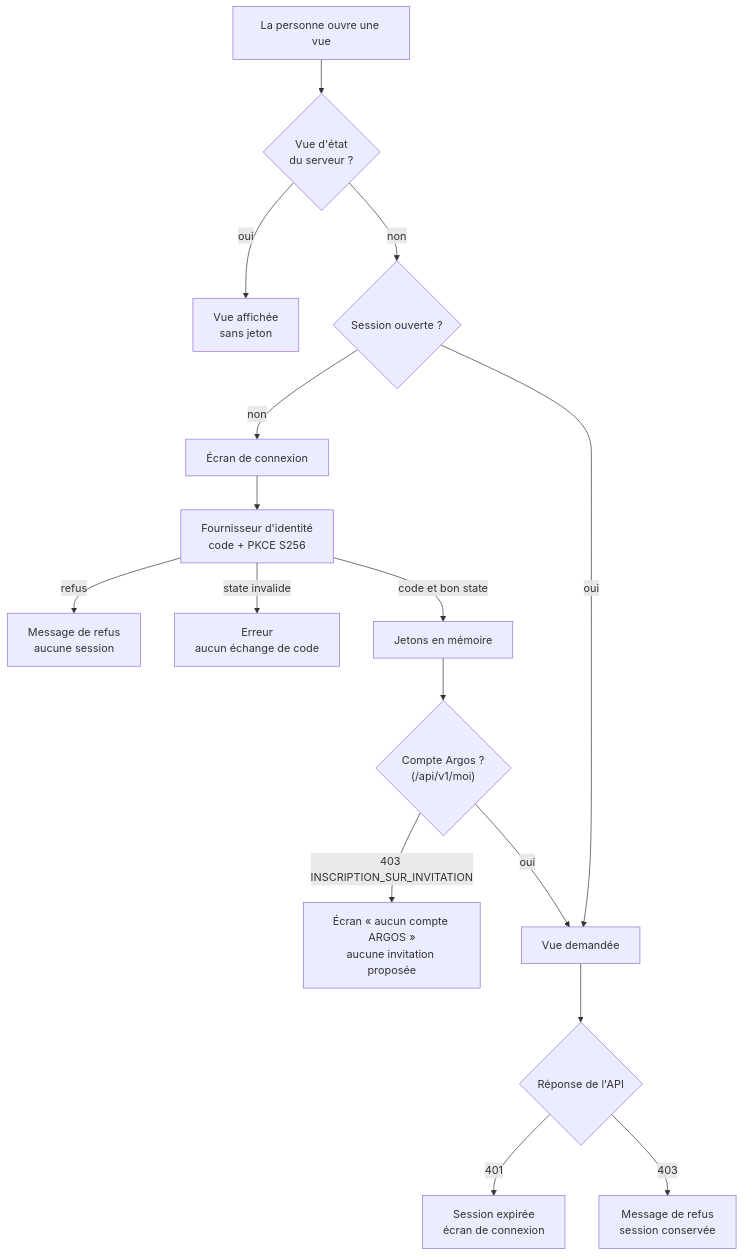
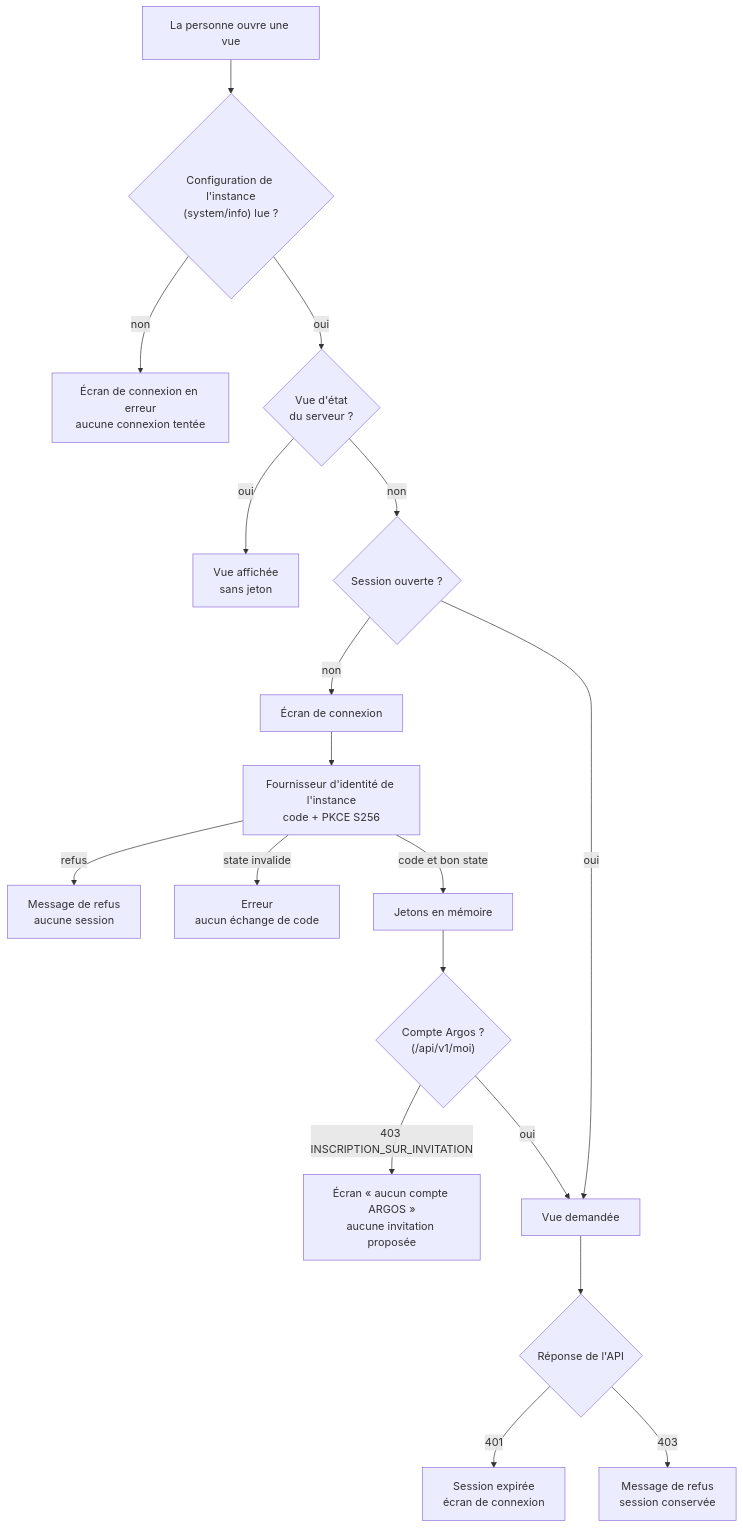
One commit to FTurleque/argos-tech-platform changed the second of 3 diagrams in docs/specifications/comptes-acces.md. Above: the diagram before and after it, drawn with Mermaid. The commit also changed other lines of this file and 23 other files, not shown here.

````diff
--- a/docs/specifications/comptes-acces.md
+++ b/docs/specifications/comptes-acces.md
@@ -120,18 +127,20 @@
 ```mermaid
 flowchart TD
-    A["La personne ouvre une vue"] --> B{"Vue d'état<br/>du serveur ?"}
+    A["La personne ouvre une vue"] --> Z{"Configuration de l'instance<br/>(system/info) lue ?"}
+    Z -- "non" --> Q["Écran de connexion en erreur<br/>aucune connexion tentée"]
+    Z -- "oui" --> B{"Vue d'état<br/>du serveur ?"}
     B -- "oui" --> V["Vue affichée<br/>sans jeton"]
     B -- "non" --> C{"Session ouverte ?"}
     C -- "non" --> L["Écran de connexion"]
-    L --> K["Fournisseur d'identité<br/>code + PKCE S256"]
+    L --> K["Fournisseur d'identité de l'instance<br/>code + PKCE S256"]
     K -- "refus" --> R["Message de refus<br/>aucune session"]
     K -- "state invalide" --> E["Erreur<br/>aucun échange de code"]
     K -- "code et bon state" --> J["Jetons en mémoire"]
     J --> M{"Compte Argos ?<br/>(/api/v1/moi)"}
     M -- "403 INSCRIPTION_SUR_INVITATION" --> N["Écran « aucun compte ARGOS »<br/>aucune invitation proposée"]
     M -- "oui" --> W["Vue demandée"]
     C -- "oui" --> W
     W --> P{"Réponse de l'API"}
     P -- "401" --> X["Session expirée<br/>écran de connexion"]
     P -- "403" --> Y["Message de refus<br/>session conservée"]
 ```
````
